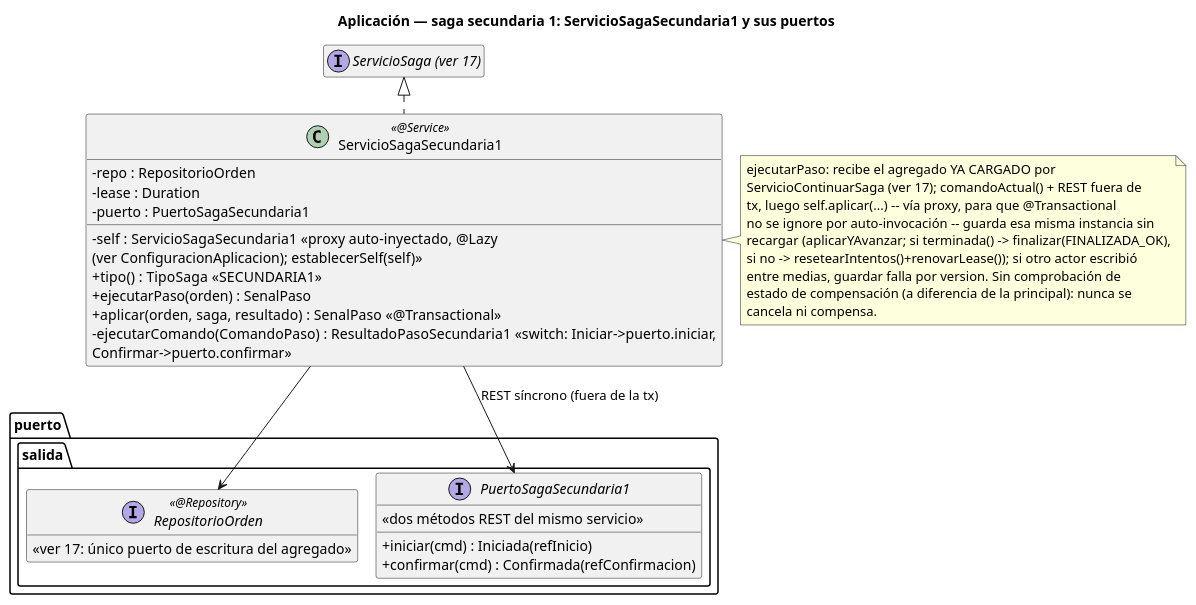
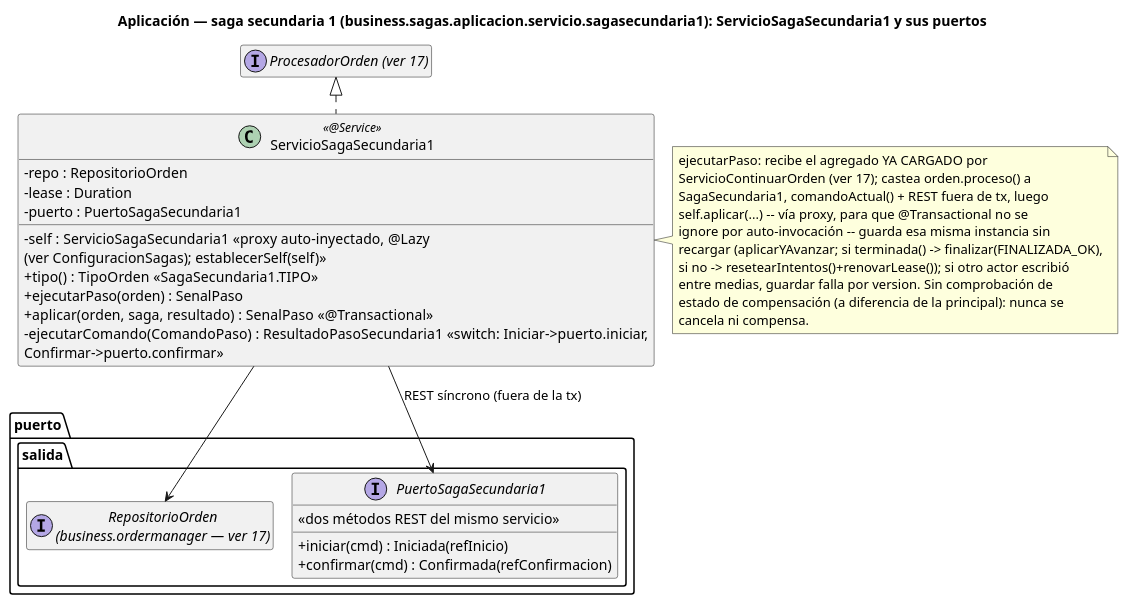
One commit to ralcazar/patrones changed the diagram in order-manager/docs/19-clases-aplicacion-saga-secundaria1.puml. Above: the diagram before and after it, drawn with PlantUML. The commit also changed 48 other files, not shown here.

First line of the commit message:
Paso 7: sincronizar diagramas y docs con la separación ordermanager/sagas

```diff
--- a/order-manager/docs/19-clases-aplicacion-saga-secundaria1.puml
+++ b/order-manager/docs/19-clases-aplicacion-saga-secundaria1.puml
@@ -1,45 +1,44 @@
 @startuml 19-clases-aplicacion-saga-secundaria1
-title Aplicación — saga secundaria 1: ServicioSagaSecundaria1 y sus puertos
+title Aplicación — saga secundaria 1 (business.sagas.aplicacion.servicio.sagasecundaria1): ServicioSagaSecundaria1 y sus puertos
 !pragma layout smetana
 hide empty members
 skinparam classAttributeIconSize 0
 
-interface "ServicioSaga (ver 17)" as Base
+interface "ProcesadorOrden (ver 17)" as Base
 
 class ServicioSagaSecundaria1 <<@Service>> {
   -repo : RepositorioOrden
   -lease : Duration
   -puerto : PuertoSagaSecundaria1
-  -self : ServicioSagaSecundaria1  «proxy auto-inyectado, @Lazy\n(ver ConfiguracionAplicacion); establecerSelf(self)»
-  +tipo() : TipoSaga  «SECUNDARIA1»
+  -self : ServicioSagaSecundaria1  «proxy auto-inyectado, @Lazy\n(ver ConfiguracionSagas); establecerSelf(self)»
+  +tipo() : TipoOrden  «SagaSecundaria1.TIPO»
   +ejecutarPaso(orden) : SenalPaso
   +aplicar(orden, saga, resultado) : SenalPaso  «@Transactional»
   -ejecutarComando(ComandoPaso) : ResultadoPasoSecundaria1  «switch: Iniciar->puerto.iniciar,\nConfirmar->puerto.confirmar»
 }
 note right of ServicioSagaSecundaria1
   ejecutarPaso: recibe el agregado YA CARGADO por
-  ServicioContinuarSaga (ver 17); comandoActual() + REST fuera de
-  tx, luego self.aplicar(...) -- vía proxy, para que @Transactional
-  no se ignore por auto-invocación -- guarda esa misma instancia sin
+  ServicioContinuarOrden (ver 17); castea orden.proceso() a
+  SagaSecundaria1, comandoActual() + REST fuera de tx, luego
+  self.aplicar(...) -- vía proxy, para que @Transactional no se
+  ignore por auto-invocación -- guarda esa misma instancia sin
   recargar (aplicarYAvanzar; si terminada() -> finalizar(FINALIZADA_OK),
   si no -> resetearIntentos()+renovarLease()); si otro actor escribió
   entre medias, guardar falla por version. Sin comprobación de
   estado de compensación (a diferencia de la principal): nunca se
   cancela ni compensa.
 end note
 
 package "puerto.salida" {
-  interface RepositorioOrden <<@Repository>> {
-    «ver 17: único puerto de escritura del agregado»
-  }
+  interface "RepositorioOrden\n(business.ordermanager — ver 17)" as RepositorioOrden
   interface PuertoSagaSecundaria1 {
     +iniciar(cmd) : Iniciada(refInicio)
     +confirmar(cmd) : Confirmada(refConfirmacion)
     «dos métodos REST del mismo servicio»
   }
 }
 
 Base <|.. ServicioSagaSecundaria1
 ServicioSagaSecundaria1 --> RepositorioOrden
 ServicioSagaSecundaria1 --> PuertoSagaSecundaria1 : REST síncrono (fuera de la tx)
 @enduml
```
